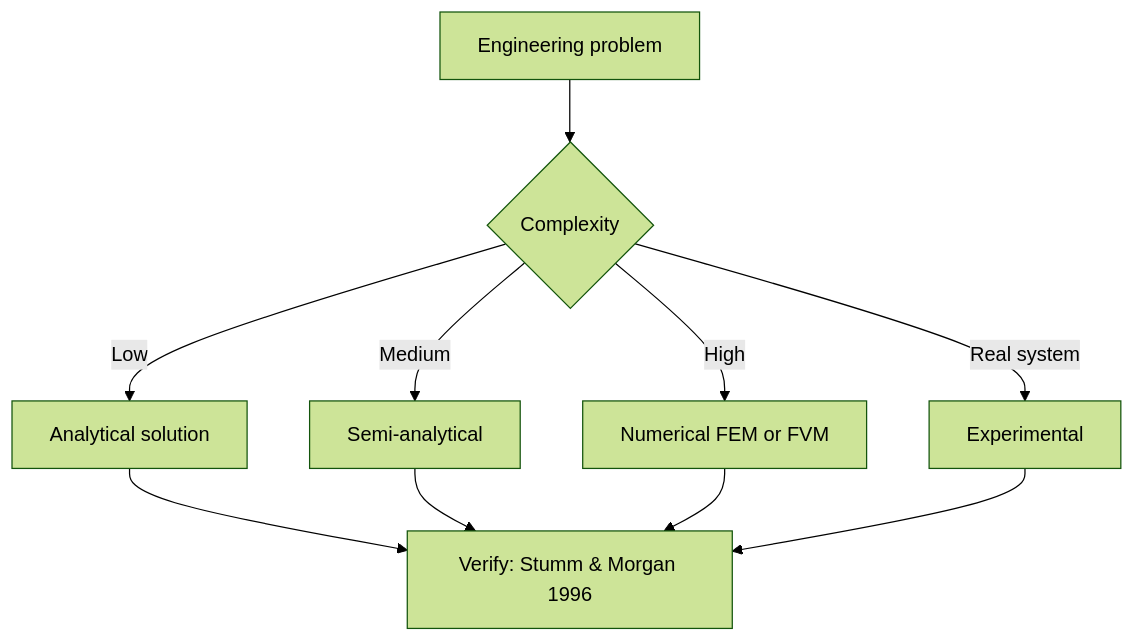
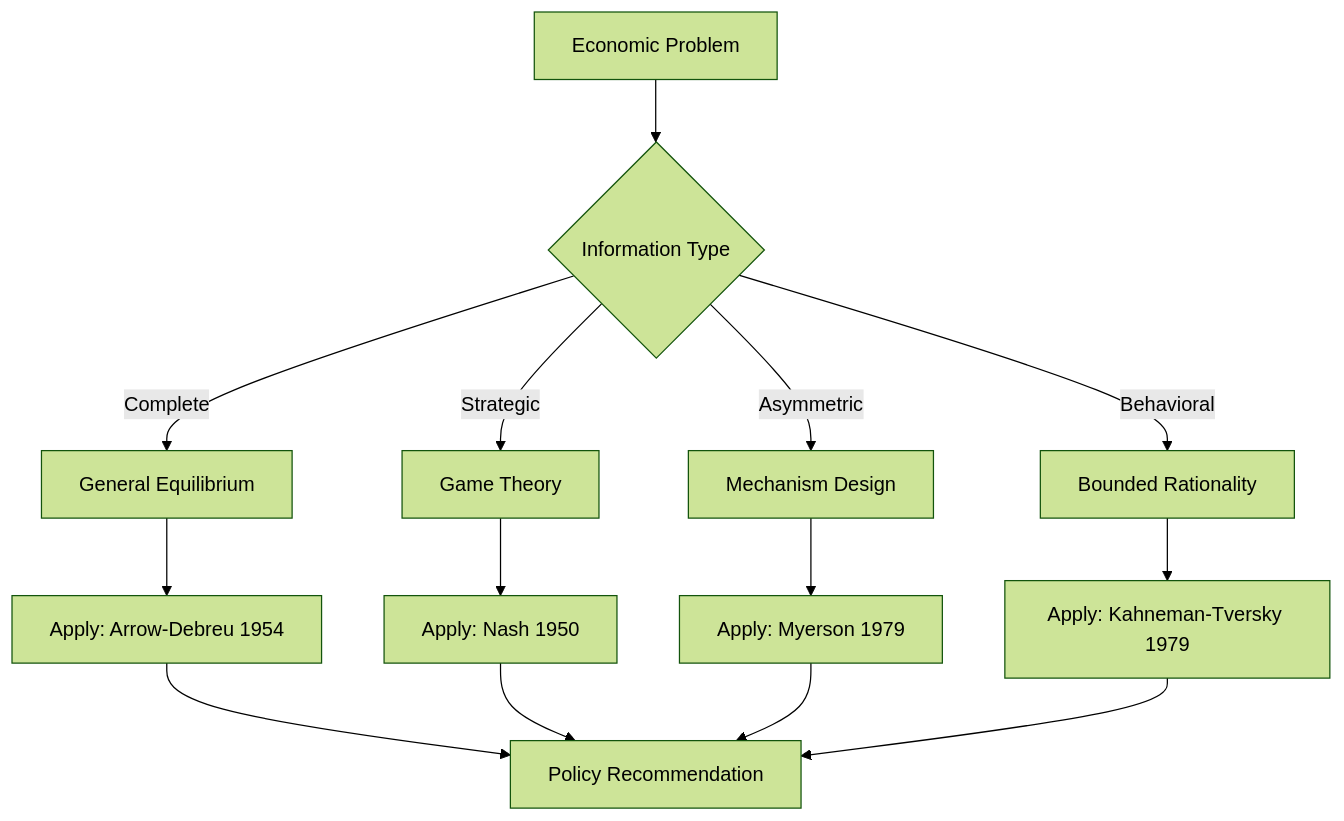
One commit to yip-lgtm/civil-bootcamp changed the first of 4 diagrams in MIT_CEE_UREs/14.01_Principles_of_Microeconomics.md. Above: the diagram before and after it, drawn with Mermaid (forest theme). The commit also changed other lines of this file and 12 other files, not shown here.

First line of the commit message:
LLM enrichment: 13 courses enhanced with real scholars, sources, diagrams

````diff
--- a/MIT_CEE_UREs/14.01_Principles_of_Microeconomics.md
+++ b/MIT_CEE_UREs/14.01_Principles_of_Microeconomics.md
@@ -463,12 +481,16 @@
 ```mermaid
 flowchart TD
-    A[Engineering problem] --> B{Complexity}
-    B -->|Low| C[Analytical solution]
-    B -->|Medium| D[Semi-analytical]
-    B -->|High| E[Numerical FEM or FVM]
-    B -->|Real system| F[Experimental]
-    C --> G[Verify: Stumm & Morgan 1996]
-    D --> G
-    E --> G
-    F --> G
+    A[Economic Problem] --> B{Information Type}
+    B -->|Complete| C[General Equilibrium]
+    B -->|Strategic| D[Game Theory]
+    B -->|Asymmetric| E[Mechanism Design]
+    B -->|Behavioral| F[Bounded Rationality]
+    C --> G[Apply: Arrow-Debreu 1954]
+    D --> H[Apply: Nash 1950]
+    E --> I[Apply: Myerson 1979]
+    F --> J[Apply: Kahneman-Tversky 1979]
+    G --> K[Policy Recommendation]
+    H --> K
+    I --> K
+    J --> K
 ```
````
